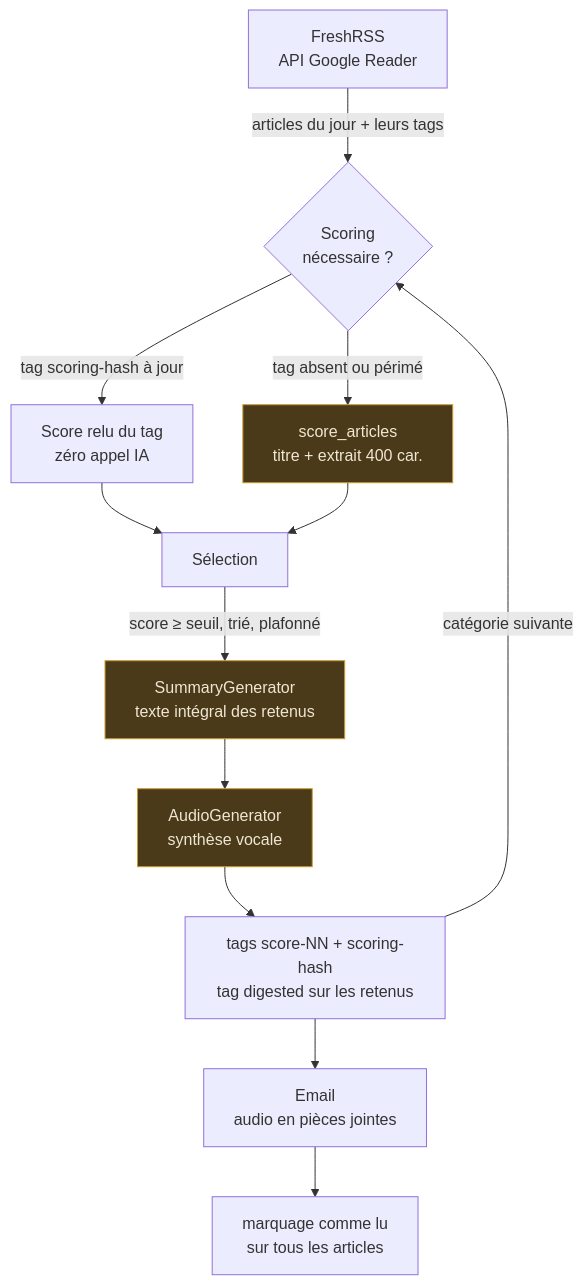
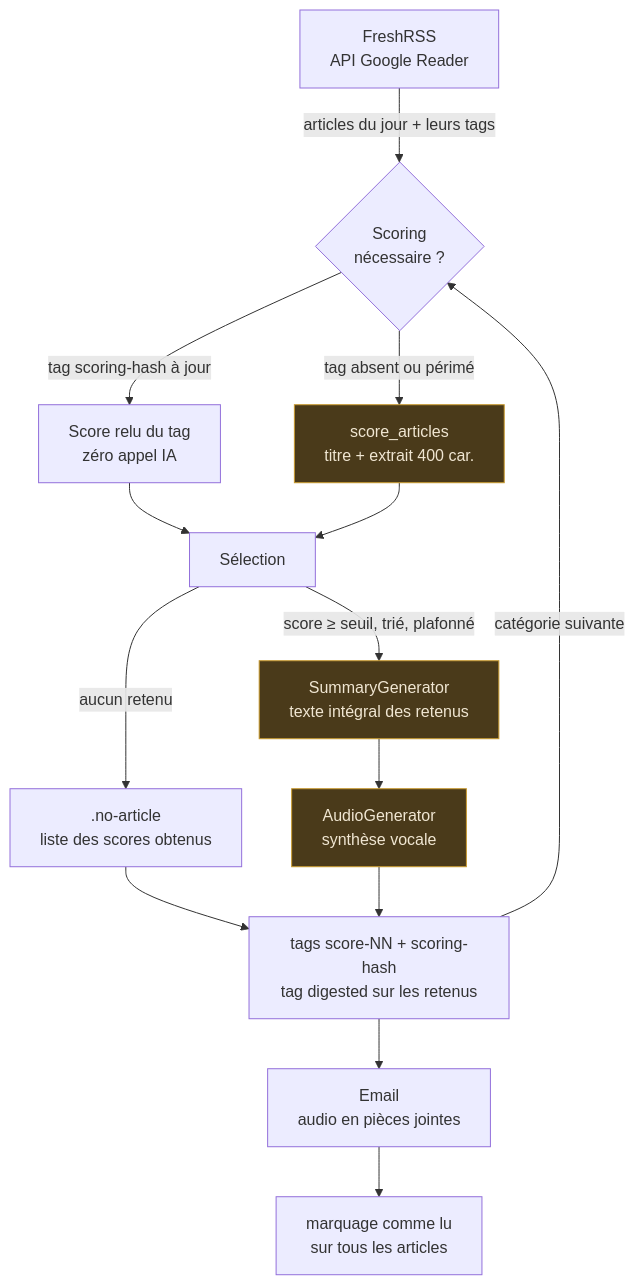
The first of 2 diagrams in FONCTIONNEMENT.md (odrix/RSSResume), drawn with Mermaid before and after one commit. The commit also changed other lines of this file and 6 other files, not shown here.

Commit message:
feat: enhance scoring pipeline to handle no article selections and log scores

````diff
--- a/FONCTIONNEMENT.md
+++ b/FONCTIONNEMENT.md
@@ -8,21 +8,23 @@
 ```mermaid
 flowchart TD
     A[FreshRSS<br/>API Google Reader] -->|articles du jour + leurs tags| B{Scoring<br/>nécessaire ?}
 
     B -->|tag scoring-hash à jour| C[Score relu du tag<br/>zéro appel IA]
     B -->|tag absent ou périmé| D[score_articles<br/>titre + extrait 400 car.]
 
     C --> E[Sélection]
     D --> E
 
     E -->|score ≥ seuil, trié, plafonné| F[SummaryGenerator<br/>texte intégral des retenus]
+    E -->|aucun retenu| N[".no-article<br/>liste des scores obtenus"]
+    N --> T
     F --> G[AudioGenerator<br/>synthèse vocale]
     G --> T[tags score-NN + scoring-hash<br/>tag digested sur les retenus]
     T -->|catégorie suivante| B
     T --> H[Email<br/>audio en pièces jointes]
     H --> L[marquage comme lu<br/>sur tous les articles]
 
     style D fill:#4a3a1a,stroke:#c99a2e,color:#f0e6d2
     style F fill:#4a3a1a,stroke:#c99a2e,color:#f0e6d2
     style G fill:#4a3a1a,stroke:#c99a2e,color:#f0e6d2
 ```
````
